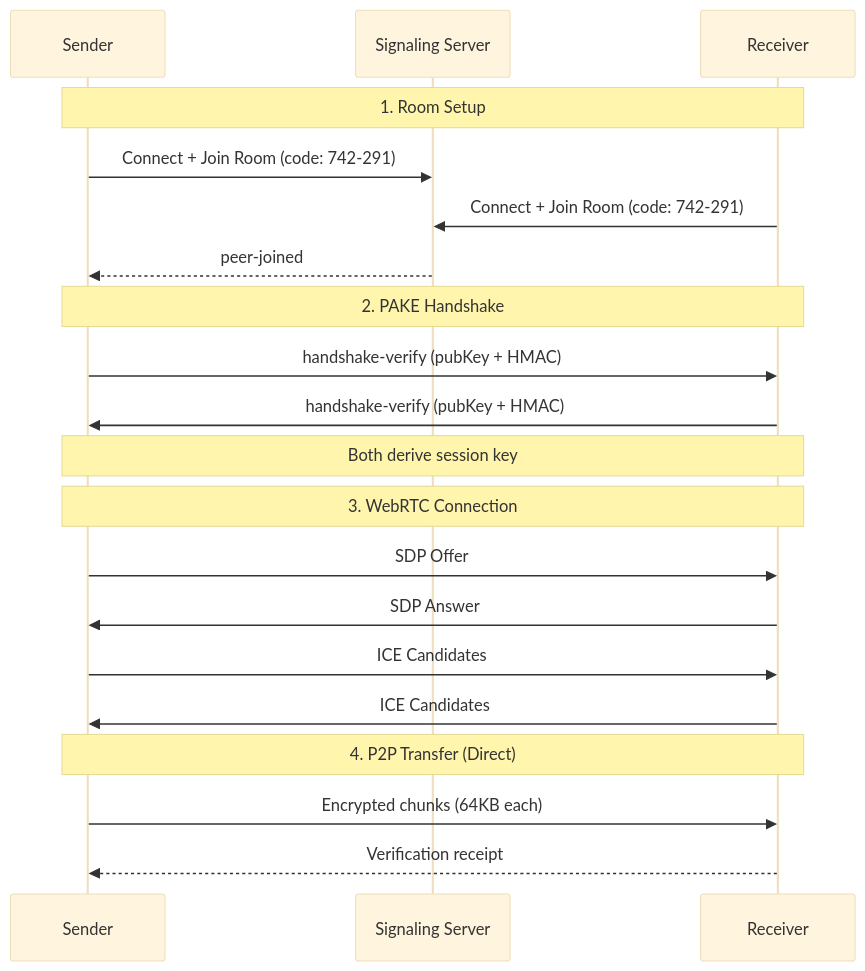
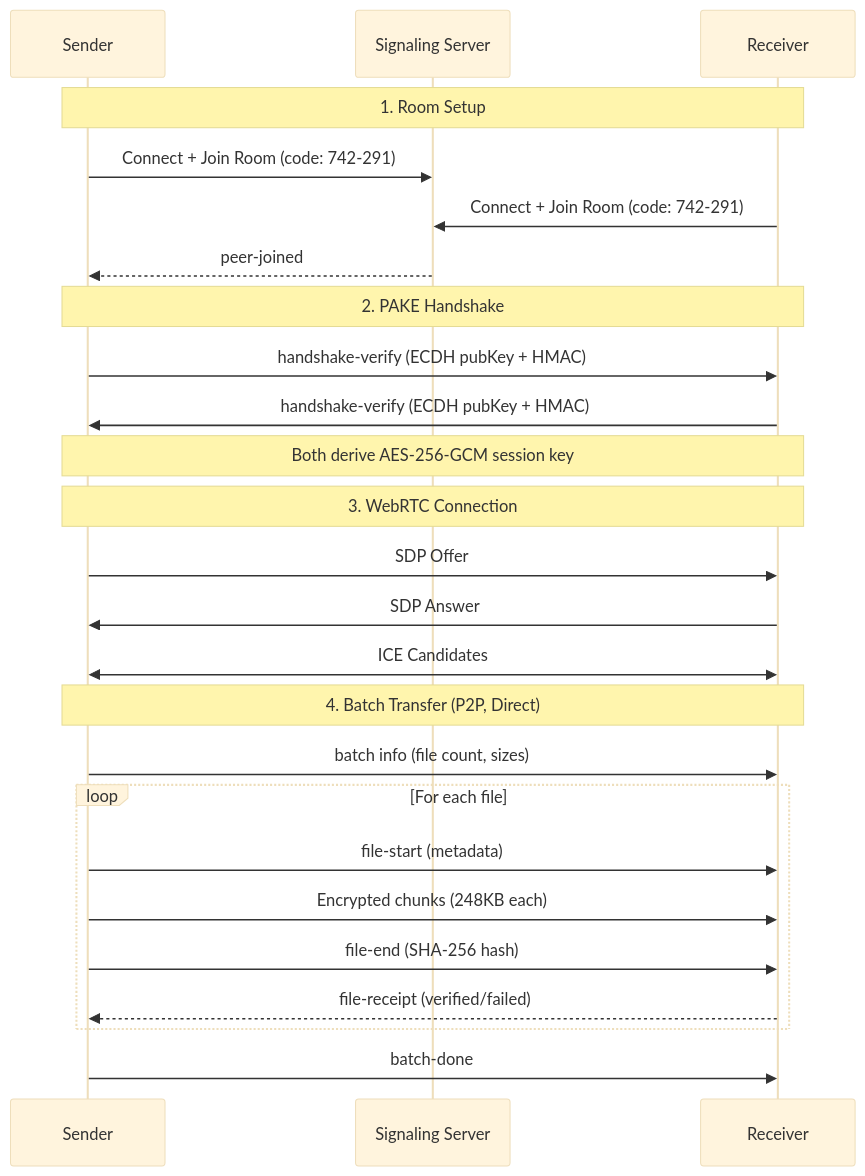
One commit to Ruddxxy/warp-p2p changed the diagram in README.md. Above: the diagram before and after it, drawn with Mermaid (base theme). The commit also changed other lines of this file and 45 other files, not shown here.

````diff
--- a/README.md
+++ b/README.md
@@ -24,26 +30,31 @@
 ```mermaid
 sequenceDiagram
     participant Sender
     participant Server as Signaling Server
     participant Receiver
 
     Note over Sender,Receiver: 1. Room Setup
     Sender->>Server: Connect + Join Room (code: 742-291)
     Receiver->>Server: Connect + Join Room (code: 742-291)
     Server-->>Sender: peer-joined
 
     Note over Sender,Receiver: 2. PAKE Handshake
-    Sender->>Receiver: handshake-verify (pubKey + HMAC)
-    Receiver->>Sender: handshake-verify (pubKey + HMAC)
-    Note over Sender,Receiver: Both derive session key
+    Sender->>Receiver: handshake-verify (ECDH pubKey + HMAC)
+    Receiver->>Sender: handshake-verify (ECDH pubKey + HMAC)
+    Note over Sender,Receiver: Both derive AES-256-GCM session key
 
     Note over Sender,Receiver: 3. WebRTC Connection
     Sender->>Receiver: SDP Offer
     Receiver->>Sender: SDP Answer
-    Sender->>Receiver: ICE Candidates
-    Receiver->>Sender: ICE Candidates
+    Sender<<->>Receiver: ICE Candidates
 
-    Note over Sender,Receiver: 4. P2P Transfer (Direct)
-    Sender->>Receiver: Encrypted chunks (64KB each)
-    Receiver-->>Sender: Verification receipt
+    Note over Sender,Receiver: 4. Batch Transfer (P2P, Direct)
+    Sender->>Receiver: batch info (file count, sizes)
+    loop For each file
+        Sender->>Receiver: file-start (metadata)
+        Sender->>Receiver: Encrypted chunks (248KB each)
+        Sender->>Receiver: file-end (SHA-256 hash)
+        Receiver-->>Sender: file-receipt (verified/failed)
+    end
+    Sender->>Receiver: batch-done
 ```
````
